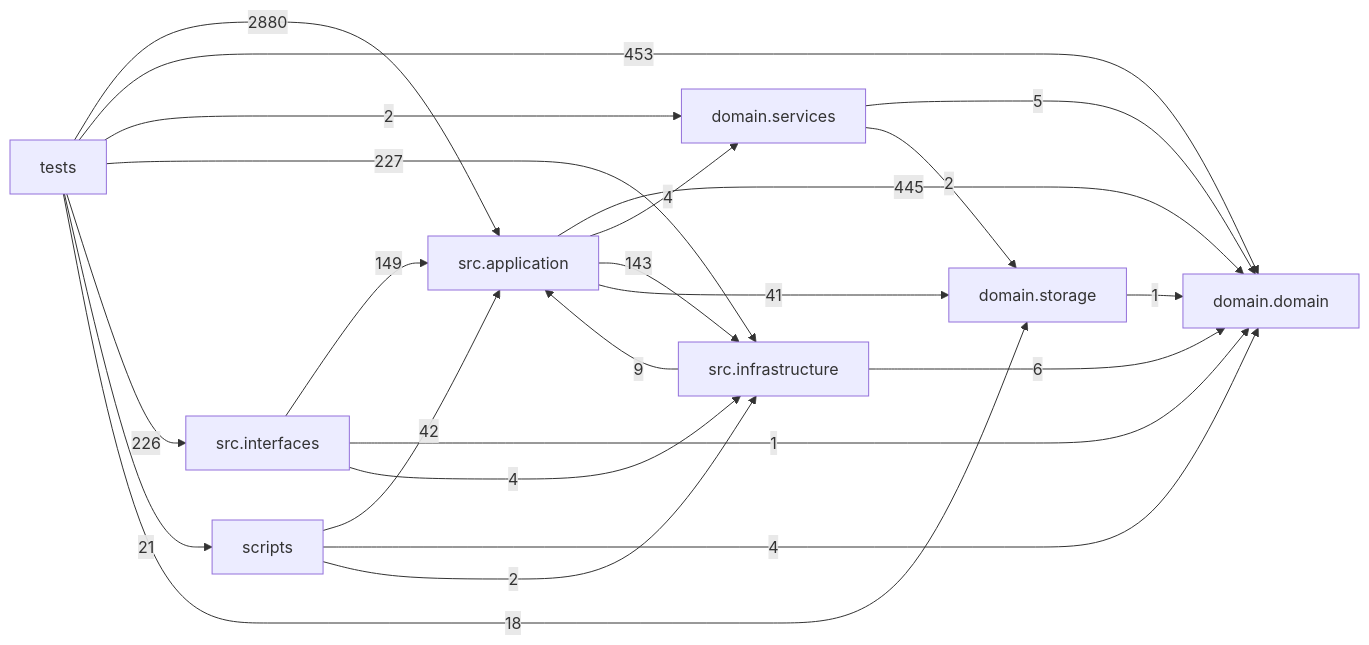
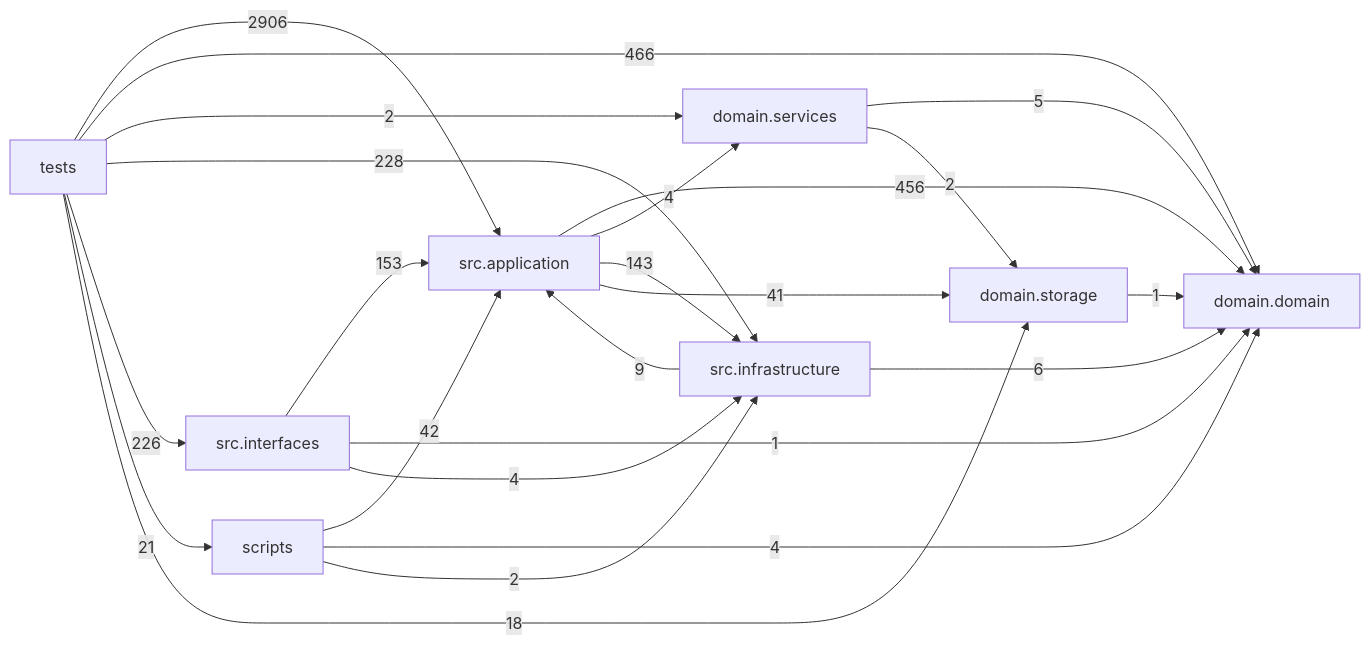
One commit to liuxie066/options-monitor changed the diagram in docs/DEPENDENCY_GRAPH.md. Above: the diagram before and after it, drawn with Mermaid. The commit also changed other lines of this file and 76 other files, not shown here.

````diff
--- a/docs/DEPENDENCY_GRAPH.md
+++ b/docs/DEPENDENCY_GRAPH.md
@@ -24,33 +24,33 @@
 ```mermaid
 flowchart LR
   tests["tests"]
   scripts["scripts"]
   interfaces["src.interfaces"]
   application["src.application"]
   infrastructure["src.infrastructure"]
   domain_services["domain.services"]
   domain["domain.domain"]
   storage["domain.storage"]
-  application -->|445| domain
+  application -->|456| domain
   application -->|4| domain_services
   application -->|143| infrastructure
   application -->|41| storage
   domain_services -->|5| domain
   domain_services -->|2| storage
   infrastructure -->|9| application
   infrastructure -->|6| domain
-  interfaces -->|149| application
+  interfaces -->|153| application
   interfaces -->|1| domain
   interfaces -->|4| infrastructure
   scripts -->|42| application
   scripts -->|4| domain
   scripts -->|2| infrastructure
   storage -->|1| domain
-  tests -->|2880| application
-  tests -->|453| domain
+  tests -->|2906| application
+  tests -->|466| domain
   tests -->|2| domain_services
-  tests -->|227| infrastructure
+  tests -->|228| infrastructure
   tests -->|226| interfaces
   tests -->|21| scripts
   tests -->|18| storage
 ```
````
